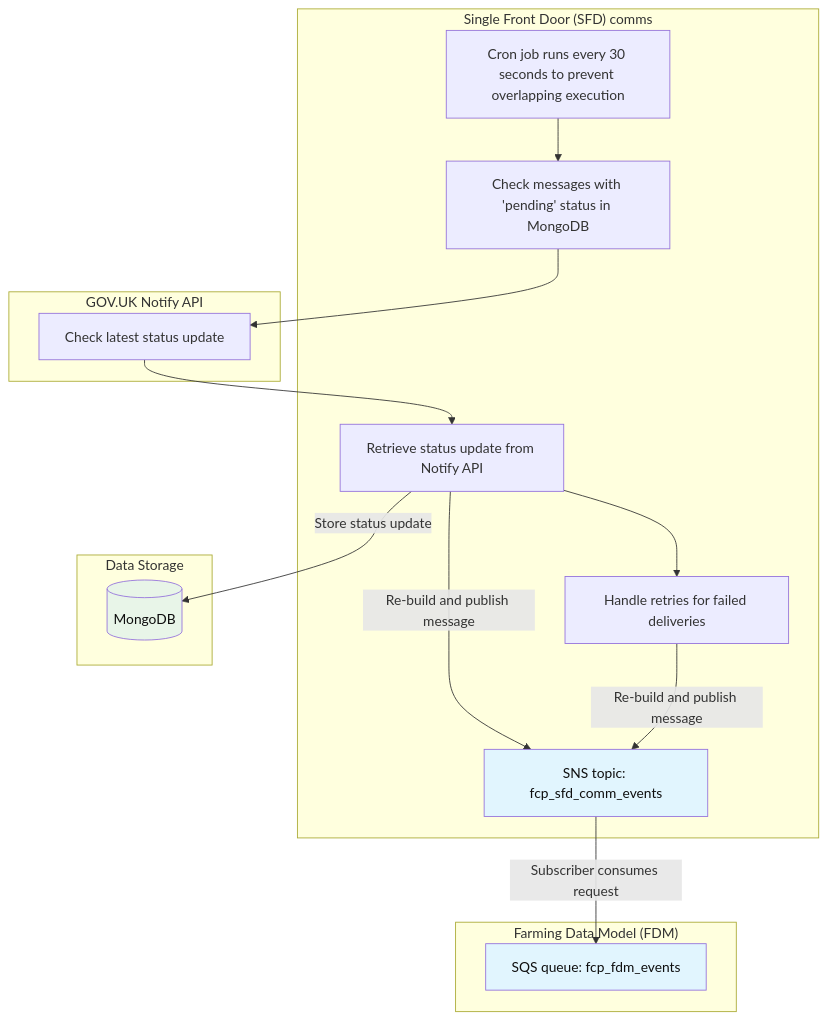
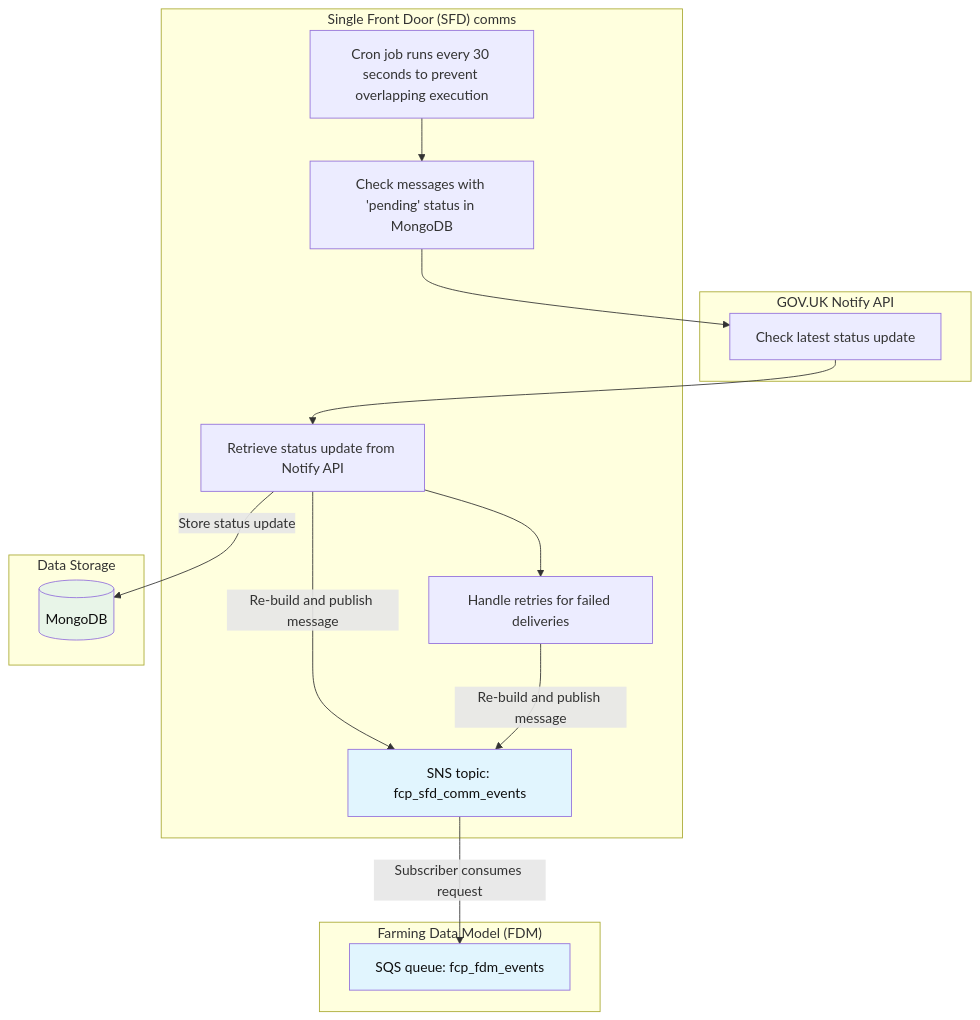
One commit to DEFRA/fcp-sfd-comms changed the second of 3 diagrams in README.md. Above: the diagram before and after it, drawn with Mermaid. The commit also changed other lines of this file, not shown here.

Commit message:
add sequence diagram + update phase 1 graph

````diff
--- a/README.md
+++ b/README.md
@@ -76,35 +92,35 @@
 ```mermaid
 graph
+    subgraph "GOV.UK Notify API"
+        NOTIFY_STATUS[Check latest status update]
+    end
+
     subgraph "Single Front Door (SFD) comms"
         CRON[Cron job runs every 30 seconds to prevent overlapping execution]
         CHECK_DB[Check messages with 'pending' status in MongoDB]
         UPDATE_DB[Retrieve status update from Notify API]
         RETRY[Handle retries for failed deliveries]
         SNS[SNS topic: fcp_sfd_comm_events]
-    end
-
-    subgraph "GOV.UK Notify API"
-        NOTIFY_STATUS[Check latest status update]
     end
 
     subgraph "Data Storage"
         MONGO[(MongoDB)]
     end
 
     subgraph "Farming Data Model (FDM)"
         SQS[SQS queue: fcp_fdm_events]
     end
 
     CRON --> CHECK_DB
     CHECK_DB --> NOTIFY_STATUS
     NOTIFY_STATUS --> UPDATE_DB
     UPDATE_DB -->|Store status update| MONGO
     UPDATE_DB -->|Re-build and publish message| SNS
     SNS -->|Subscriber consumes request| SQS
     UPDATE_DB --> RETRY
     RETRY -->|Re-build and publish message| SNS
 
     style MONGO fill:#e8f5e8,color:#0E0E0E
     style SNS fill:#e1f5fe,color:#0E0E0E
     style SQS fill:#e1f5fe,color:#0E0E0E
 ```
````
